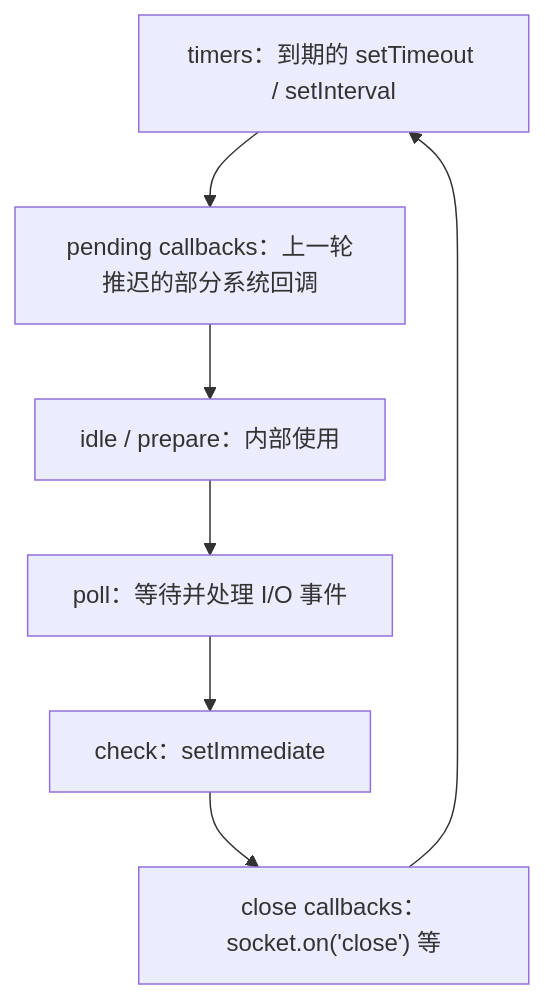
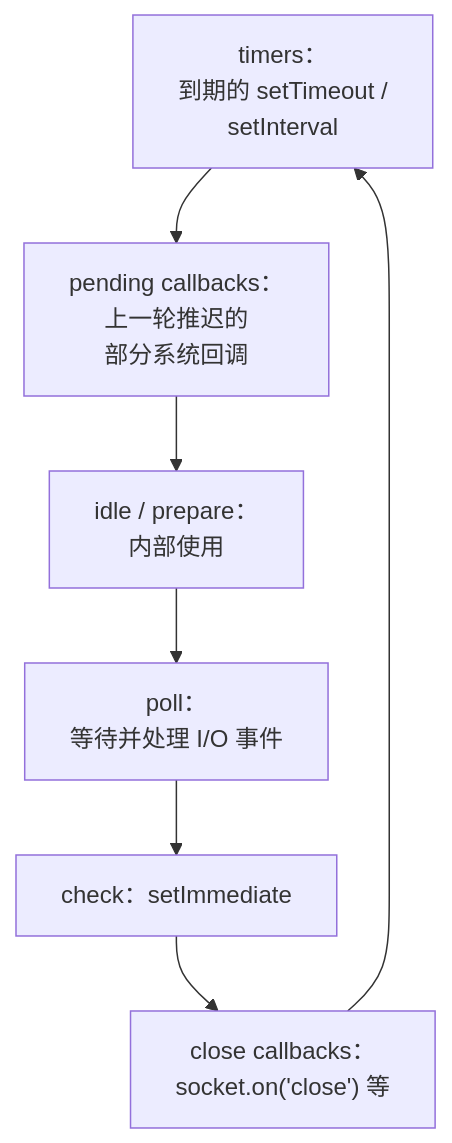
Before and after one commit to jarvis-pro/hatch-shelf: the second of 2 diagrams in books/ts-node-advanced/04-event-loop-libuv.md, drawn with Mermaid. The commit also changed other lines of this file and 432 other files, not shown here.

````diff
--- a/books/ts-node-advanced/04-event-loop-libuv.md
+++ b/books/ts-node-advanced/04-event-loop-libuv.md
@@ -27,9 +27,9 @@
 ```mermaid
 flowchart TD
-  T["timers：到期的 setTimeout / setInterval"] --> P["pending callbacks：上一轮推迟的部分系统回调"]
-  P --> I["idle / prepare：内部使用"]
-  I --> O["poll：等待并处理 I/O 事件"]
+  T["timers：<br/>到期的 setTimeout /<br/>setInterval"] --> P["pending callbacks：<br/>上一轮推迟的<br/>部分系统回调"]
+  P --> I["idle / prepare：<br/>内部使用"]
+  I --> O["poll：<br/>等待并处理 I/O 事件"]
   O --> C["check：setImmediate"]
-  C --> X["close callbacks：socket.on('close') 等"]
+  C --> X["close callbacks：<br/>socket.on('close') 等"]
   X --> T
 ```
````
